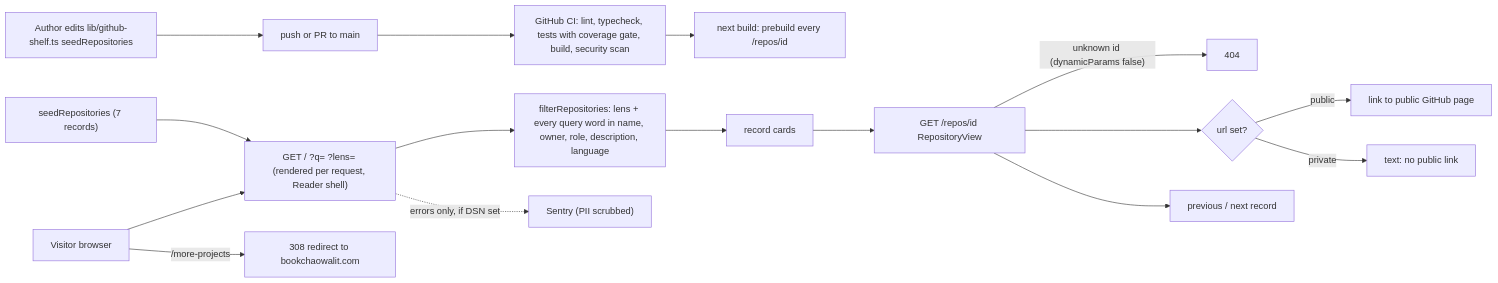
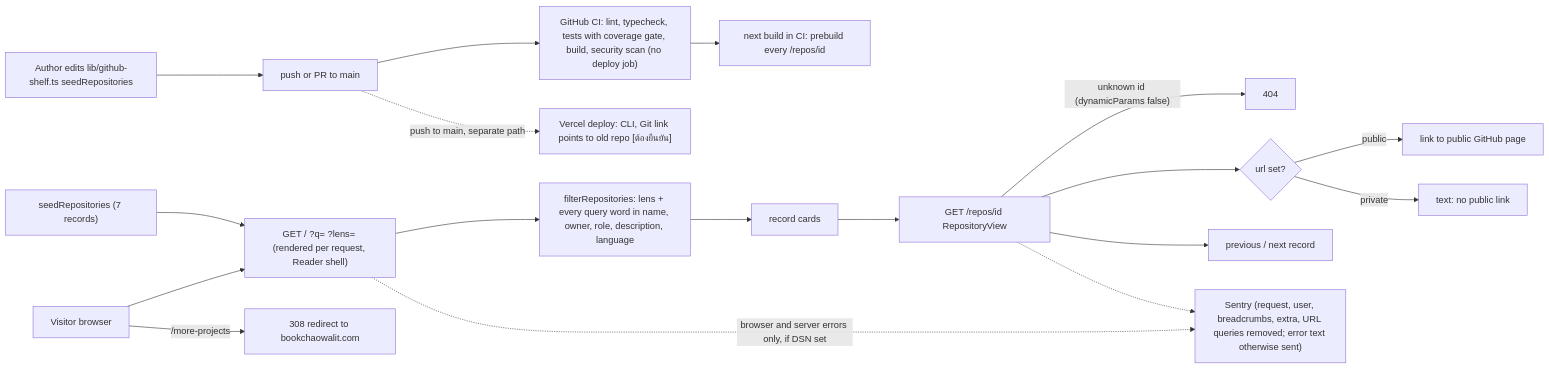
The first of 2 diagrams in docs/diagrams/01-business-process.md (bookchaowalit-website/devtools-github-web), drawn with Mermaid before and after one commit. The commit also changed other lines of this file, not shown here.

Commit message:
docs: correct As-Is/To-Be facts from review (01-business-process)

````diff
--- a/docs/diagrams/01-business-process.md
+++ b/docs/diagrams/01-business-process.md
@@ -9,18 +9,20 @@
 ```mermaid
 flowchart LR
   EDIT["Author edits lib/github-shelf.ts seedRepositories"] --> PR["push or PR to main"]
-  PR --> CI["GitHub CI: lint, typecheck, tests with coverage gate, build, security scan"]
-  CI --> BUILD["next build: prebuild every /repos/id"]
+  PR --> CI["GitHub CI: lint, typecheck, tests with coverage gate, build, security scan (no deploy job)"]
+  PR -.->|"push to main, separate path"| VDEP["Vercel deploy: CLI, Git link points to old repo [ต้องยืนยัน]"]
+  CI --> BUILD["next build in CI: prebuild every /repos/id"]
   V["Visitor browser"] --> SHELF["GET / ?q= ?lens= (rendered per request, Reader shell)"]
   SEED["seedRepositories (7 records)"] --> SHELF
   SHELF --> FILT["filterRepositories: lens + every query word in name, owner, role, description, language"]
   FILT --> CARD["record cards"]
   CARD --> REC["GET /repos/id RepositoryView"]
   REC -->|"unknown id (dynamicParams false)"| NF["404"]
   REC --> LINK{"url set?"}
   LINK -->|"public"| GH["link to public GitHub page"]
   LINK -->|"private"| NOLINK["text: no public link"]
   REC --> NAV["previous / next record"]
   V -->|"/more-projects"| REDIR["308 redirect to bookchaowalit.com"]
-  SHELF -.->|"errors only, if DSN set"| SENTRY["Sentry (PII scrubbed)"]
+  SHELF -.->|"browser and server errors only, if DSN set"| SENTRY["Sentry (request, user, breadcrumbs, extra, URL queries removed; error text otherwise sent)"]
+  REC -.-> SENTRY
 ```
````
